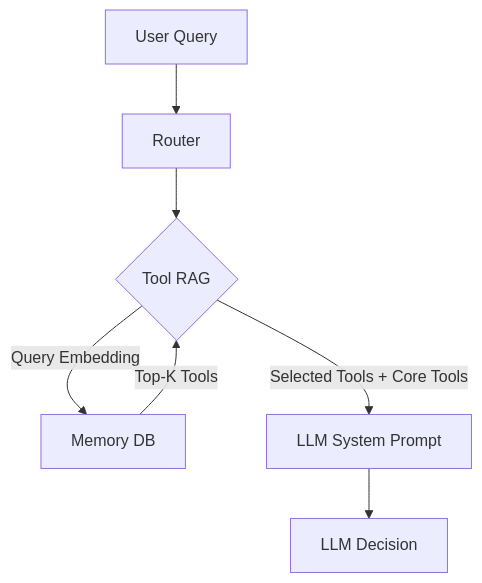
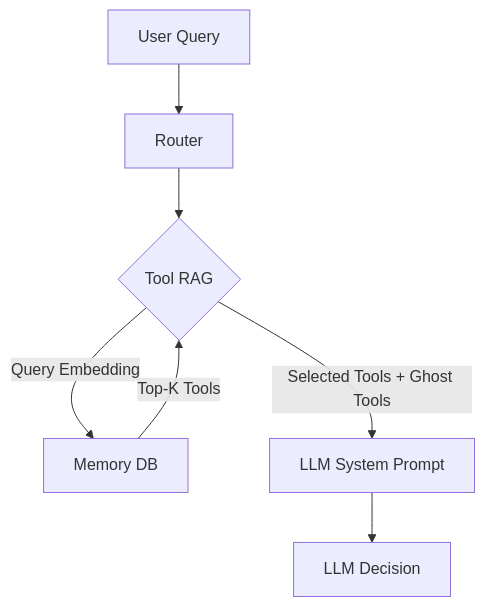
The diagram in docs/TOOL_RAG_STRATEGY.md (bigsk1/jarvis-voice), drawn with Mermaid before and after one commit. The commit also changed other lines of this file and 30 other files, not shown here.

````diff
--- a/docs/TOOL_RAG_STRATEGY.md
+++ b/docs/TOOL_RAG_STRATEGY.md
@@ -24,9 +24,9 @@
 ```mermaid
 graph TD
     A[User Query] --> B[Router]
     B --> C{Tool RAG}
     C -- Query Embedding --> D[Memory DB]
     D -- Top-K Tools --> C
-    C -- Selected Tools + Core Tools --> E[LLM System Prompt]
+    C -- Selected Tools + Ghost Tools --> E[LLM System Prompt]
     E --> F[LLM Decision]
 ```
````
